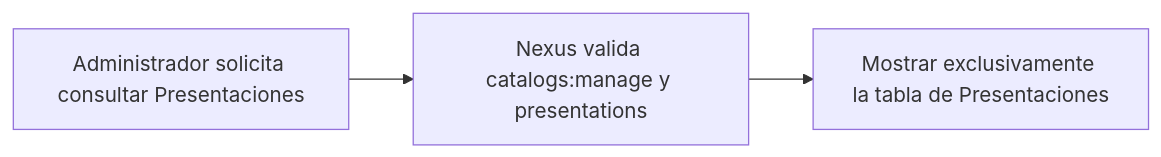
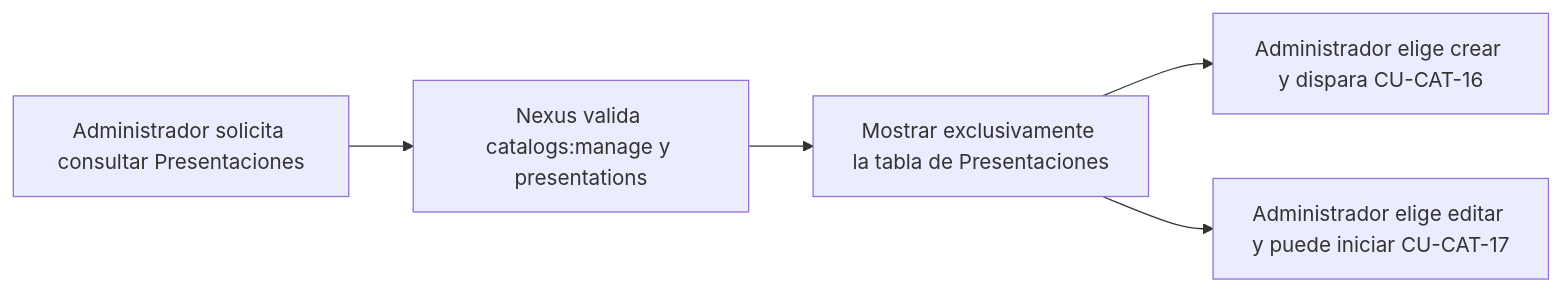
The diagram in docs/requirements/diagrams/catalogs/cu-cat-15.md (gpgsistemas01/nexus), drawn with Mermaid before and after one commit. The commit also changed 473 other files, not shown here.

````diff
--- a/docs/requirements/diagrams/catalogs/cu-cat-15.md
+++ b/docs/requirements/diagrams/catalogs/cu-cat-15.md
@@ -3,5 +3,8 @@
 ```mermaid
 flowchart LR
+    accTitle: CU-CAT-15 — Consultar presentación
     request["Administrador solicita consultar Presentaciones"] --> authorize["Nexus valida catalogs:manage y presentations"]
     authorize --> result["Mostrar exclusivamente la tabla de Presentaciones"]
+    result --> create["Administrador elige crear y dispara CU-CAT-16"]
+    result --> edit["Administrador elige editar y puede iniciar CU-CAT-17"]
 ```
````
